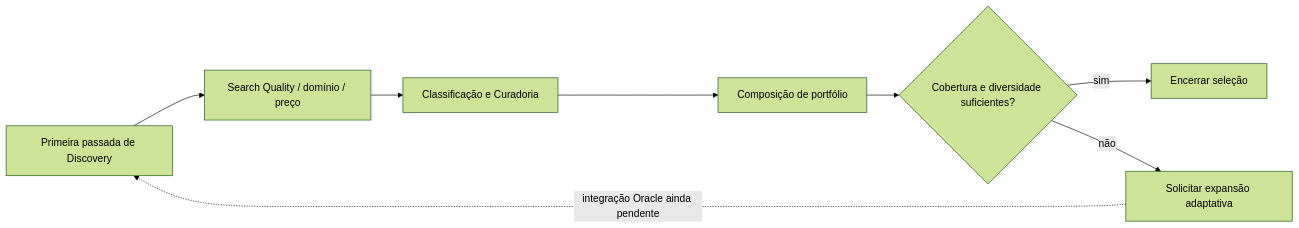
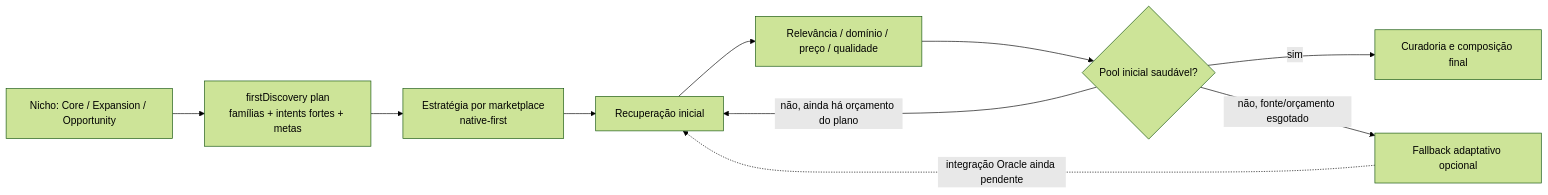
Before and after one commit to Andrejr82/Caca_OfertaOficial: the second of 2 diagrams in docs/architecture-current.md, drawn with Mermaid (forest theme). The commit also changed other lines of this file, not shown here.

Commit message:
docs: redesign PR 177 around first discovery quality

````diff
--- a/docs/architecture-current.md
+++ b/docs/architecture-current.md
@@ -65,10 +65,12 @@
 ```mermaid
 flowchart LR
-  D["Primeira passada de Discovery"] --> Q["Search Quality / domínio / preço"]
-  Q --> C["Classificação e Curadoria"]
-  C --> P["Composição de portfólio"]
-  P --> A{"Cobertura e diversidade suficientes?"}
-  A -- "sim" --> F["Encerrar seleção"]
-  A -- "não" --> R["Solicitar expansão adaptativa"]
-  R -. "integração Oracle ainda pendente" .-> D
+  N["Nicho: Core / Expansion / Opportunity"] --> P["firstDiscovery plan\nfamílias + intents fortes + metas"]
+  P --> M["Estratégia por marketplace\nnative-first"]
+  M --> R["Recuperação inicial"]
+  R --> Q["Relevância / domínio / preço / qualidade"]
+  Q --> A{"Pool inicial saudável?"}
+  A -- "sim" --> C["Curadoria e composição final"]
+  A -- "não, ainda há orçamento do plano" --> R
+  A -- "não, fonte/orçamento esgotado" --> F["Fallback adaptativo opcional"]
+  F -. "integração Oracle ainda pendente" .-> R
 ```
````
